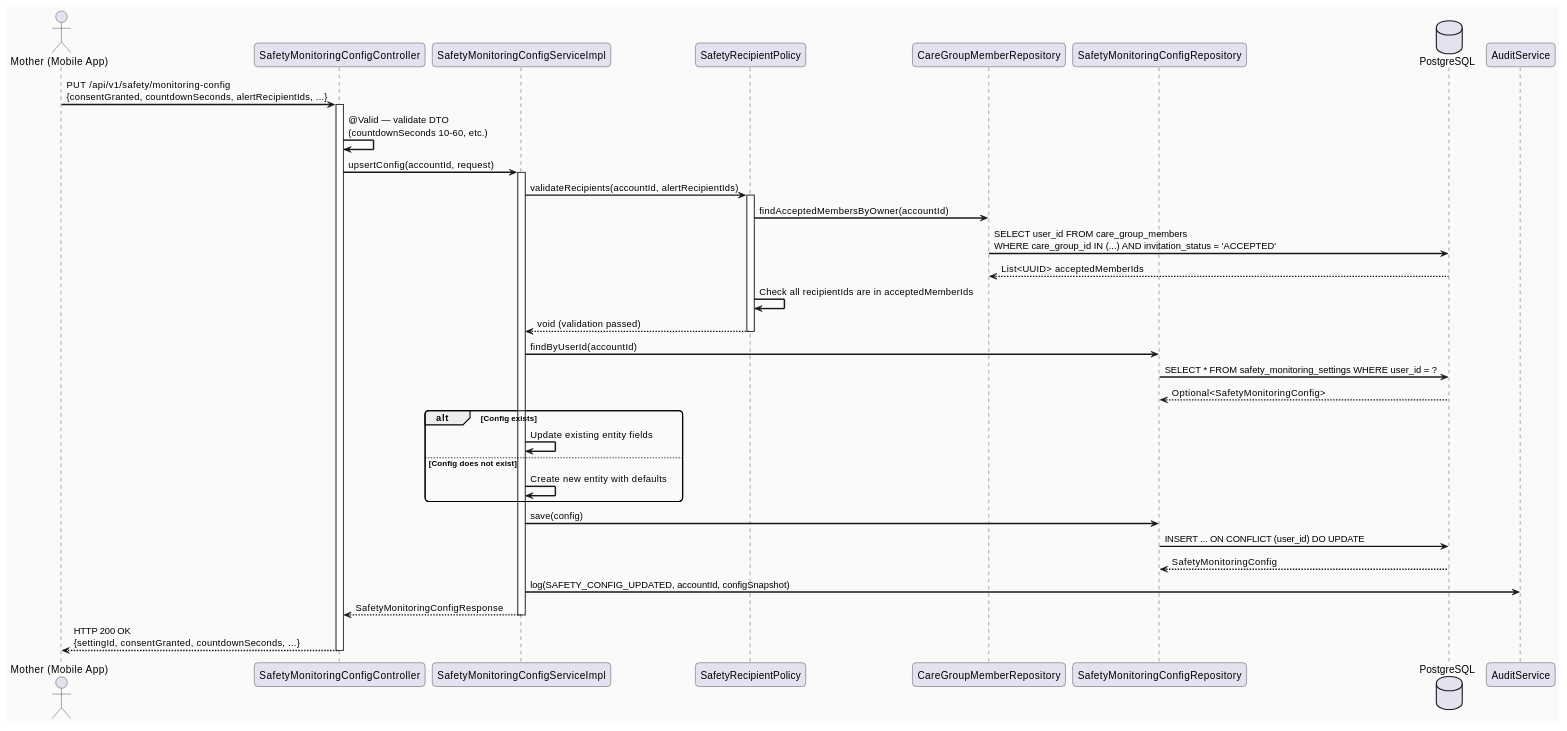
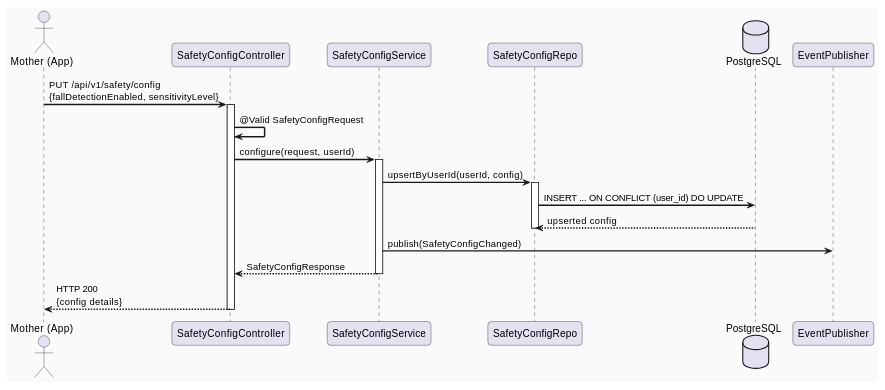
The second of 3 diagrams in 04_Implement/UC133_ConfigureSafetyMonitoring/UC133_ConfigureSafetyMonitoring_TDS.md (ChuongBDHE172784/CareBridge_SEP490_G79), drawn with PlantUML before and after one commit. The commit also changed other lines of this file and 75 other files, not shown here.

````diff
--- a/04_Implement/UC133_ConfigureSafetyMonitoring/UC133_ConfigureSafetyMonitoring_TDS.md
+++ b/04_Implement/UC133_ConfigureSafetyMonitoring/UC133_ConfigureSafetyMonitoring_TDS.md
@@ -381,54 +213,34 @@
 ```plantuml
 @startuml UC133_SequenceDiagram_HappyPath
 skinparam sequenceArrowThickness 2
 skinparam roundcorner 10
 skinparam backgroundColor #FAFAFA
 
-actor       "Mother (Mobile App)"     as Client
-participant "SafetyMonitoringConfigController" as Controller
-participant "SafetyMonitoringConfigServiceImpl" as Service
-participant "SafetyRecipientPolicy"    as Policy
-participant "CareGroupMemberRepository" as CareGroupRepo
-participant "SafetyMonitoringConfigRepository" as ConfigRepo
-database    "PostgreSQL"               as DB
-participant "AuditService"             as Audit
+actor       "Mother (App)"       as Client
+participant "SafetyConfigController" as Controller
+participant "SafetyConfigService" as Service
+participant "SafetyConfigRepo"   as Repository
+database    "PostgreSQL"         as DB
+participant "EventPublisher"     as Publisher
 
-Client -> Controller : PUT /api/v1/safety/monitoring-config\n{consentGranted, countdownSeconds, alertRecipientIds, ...}
+Client -> Controller : PUT /api/v1/safety/config\n{fallDetectionEnabled, sensitivityLevel}
 activate Controller
-
-Controller -> Controller : @Valid — validate DTO\n(countdownSeconds 10-60, etc.)
-Controller -> Service : upsertConfig(accountId, request)
+Controller -> Controller : @Valid SafetyConfigRequest
+Controller -> Service : configure(request, userId)
 activate Service
 
-Service -> Policy : validateRecipients(accountId, alertRecipientIds)
-activate Policy
-Policy -> CareGroupRepo : findAcceptedMembersByOwner(accountId)
-CareGroupRepo -> DB : SELECT user_id FROM care_group_members\nWHERE care_group_id IN (...) AND invitation_status = 'ACCEPTED'
-DB --> CareGroupRepo : List<UUID> acceptedMemberIds
-Policy -> Policy : Check all recipientIds are in acceptedMemberIds
-Policy --> Service : void (validation passed)
-deactivate Policy
+Service -> Repository : upsertByUserId(userId, config)
+activate Repository
+Repository -> DB : INSERT ... ON CONFLICT (user_id) DO UPDATE
+DB --> Repository : upserted config
+deactivate Repository
 
-Service -> ConfigRepo : findByUserId(accountId)
-ConfigRepo -> DB : SELECT * FROM safety_monitoring_settings WHERE user_id = ?
-DB --> ConfigRepo : Optional<SafetyMonitoringConfig>
-
-alt Config exists
-  Service -> Service : Update existing entity fields
-else Config does not exist
-  Service -> Service : Create new entity with defaults
-end
-
-Service -> ConfigRepo : save(config)
-ConfigRepo -> DB : INSERT ... ON CONFLICT (user_id) DO UPDATE
-DB --> ConfigRepo : SafetyMonitoringConfig
-
-Service -> Audit : log(SAFETY_CONFIG_UPDATED, accountId, configSnapshot)
-Service --> Controller : SafetyMonitoringConfigResponse
+Service -> Publisher : publish(SafetyConfigChanged)
+Service --> Controller : SafetyConfigResponse
 deactivate Service
 
-Controller --> Client : HTTP 200 OK\n{settingId, consentGranted, countdownSeconds, ...}
+Controller --> Client : HTTP 200\n{config details}
 deactivate Controller
 
 @enduml
 ```
````
